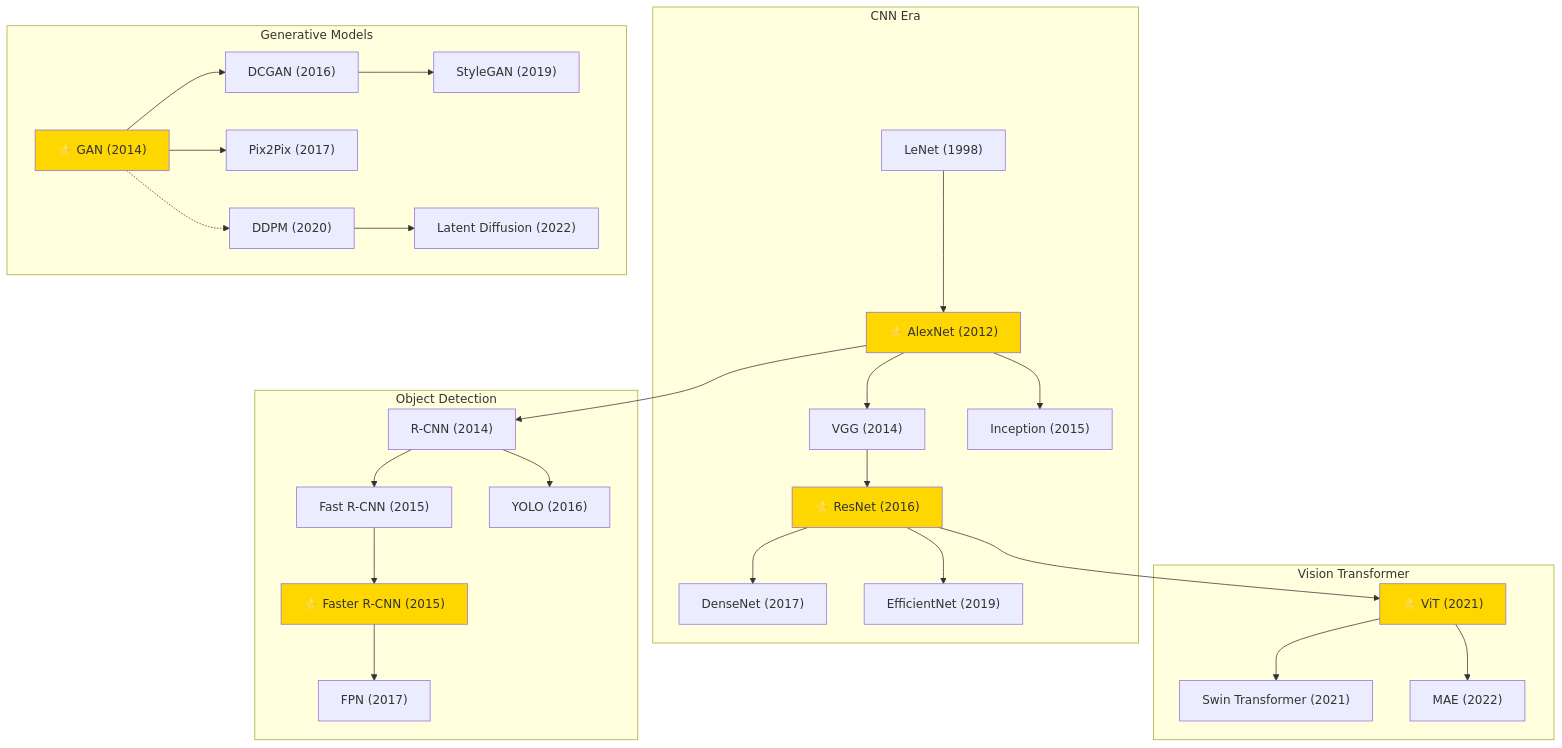
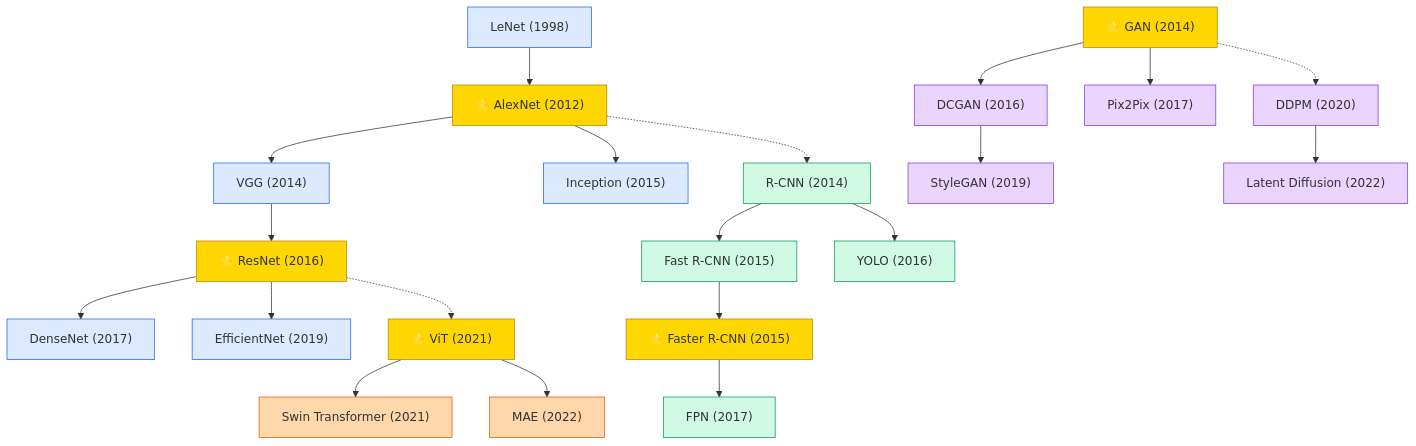
The diagram in domains/cv/README.md (zerenzhou/Awesome-Machine-Learning-Papers), drawn with Mermaid before and after one commit. The commit also changed other lines of this file and 14 other files, not shown here.

````diff
--- a/domains/cv/README.md
+++ b/domains/cv/README.md
@@ -7,39 +7,31 @@
 ```mermaid
 graph TD
-    subgraph CNN Era
-        LeNet["LeNet (1998)"] --> AlexNet["⭐ AlexNet (2012)"]
-        AlexNet --> VGG["VGG (2014)"]
-        AlexNet --> GoogLeNet["Inception (2015)"]
-        VGG --> ResNet["⭐ ResNet (2016)"]
-        ResNet --> DenseNet["DenseNet (2017)"]
-        ResNet --> EfficientNet["EfficientNet (2019)"]
-    end
+    classDef cls fill:#DBEAFE,stroke:#2563EB
+    classDef det fill:#D1FAE5,stroke:#059669
+    classDef vit fill:#FED7AA,stroke:#EA580C
+    classDef gen fill:#E9D5FF,stroke:#7C3AED
+    classDef star fill:#FFD700,stroke:#B8860B
 
-    subgraph Object Detection
-        AlexNet --> RCNN["R-CNN (2014)"]
-        RCNN --> FastRCNN["Fast R-CNN (2015)"]
-        FastRCNN --> FasterRCNN["⭐ Faster R-CNN (2015)"]
-        FasterRCNN --> FPN["FPN (2017)"]
-        RCNN --> YOLO["YOLO (2016)"]
-    end
+    LeNet["LeNet (1998)"]:::cls --> AlexNet["⭐ AlexNet (2012)"]:::star
+    AlexNet --> VGG["VGG (2014)"]:::cls
+    AlexNet --> GoogLeNet["Inception (2015)"]:::cls
+    VGG --> ResNet["⭐ ResNet (2016)"]:::star
+    ResNet --> DenseNet["DenseNet (2017)"]:::cls
+    ResNet --> EfficientNet["EfficientNet (2019)"]:::cls
 
-    subgraph Vision Transformer
-        ResNet --> ViT["⭐ ViT (2021)"]
-        ViT --> SwinT["Swin Transformer (2021)"]
-        ViT --> MAE["MAE (2022)"]
-    end
+    AlexNet -.-> RCNN["R-CNN (2014)"]:::det
+    RCNN --> FastRCNN["Fast R-CNN (2015)"]:::det
+    FastRCNN --> FasterRCNN["⭐ Faster R-CNN (2015)"]:::star
+    FasterRCNN --> FPN["FPN (2017)"]:::det
+    RCNN --> YOLO["YOLO (2016)"]:::det
 
-    subgraph Generative Models
-        GAN["⭐ GAN (2014)"] --> DCGAN["DCGAN (2016)"]
-        DCGAN --> StyleGAN["StyleGAN (2019)"]
-        GAN --> Pix2Pix["Pix2Pix (2017)"]
-        GAN -.-> Diffusion["DDPM (2020)"]
-        Diffusion --> LatentDiff["Latent Diffusion (2022)"]
-    end
+    ResNet -.-> ViT["⭐ ViT (2021)"]:::star
+    ViT --> SwinT["Swin Transformer (2021)"]:::vit
+    ViT --> MAE["MAE (2022)"]:::vit
 
-    style AlexNet fill:#FFD700
-    style ResNet fill:#FFD700
-    style FasterRCNN fill:#FFD700
-    style ViT fill:#FFD700
-    style GAN fill:#FFD700
+    GAN["⭐ GAN (2014)"]:::star --> DCGAN["DCGAN (2016)"]:::gen
+    DCGAN --> StyleGAN["StyleGAN (2019)"]:::gen
+    GAN --> Pix2Pix["Pix2Pix (2017)"]:::gen
+    GAN -.-> Diffusion["DDPM (2020)"]:::gen
+    Diffusion --> LatentDiff["Latent Diffusion (2022)"]:::gen
 ```
````
